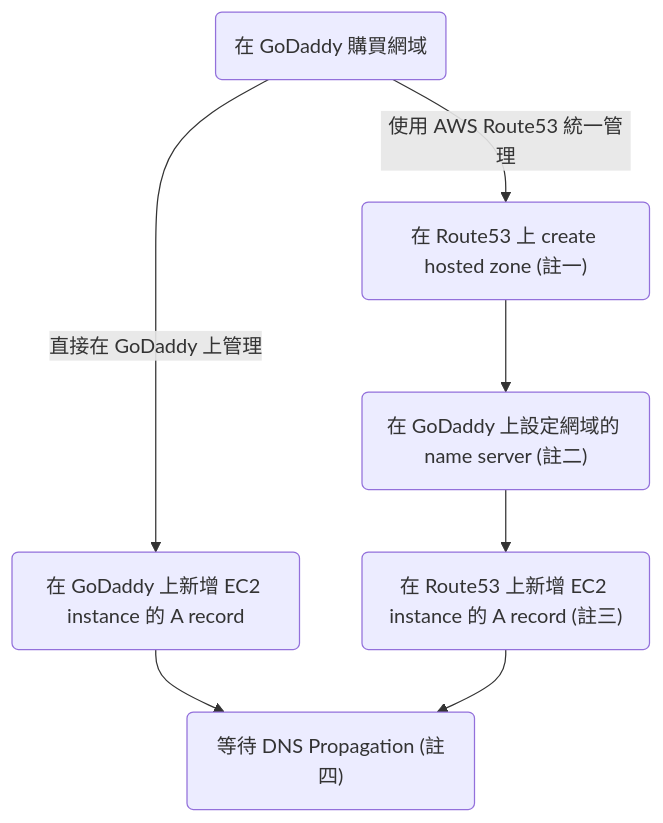
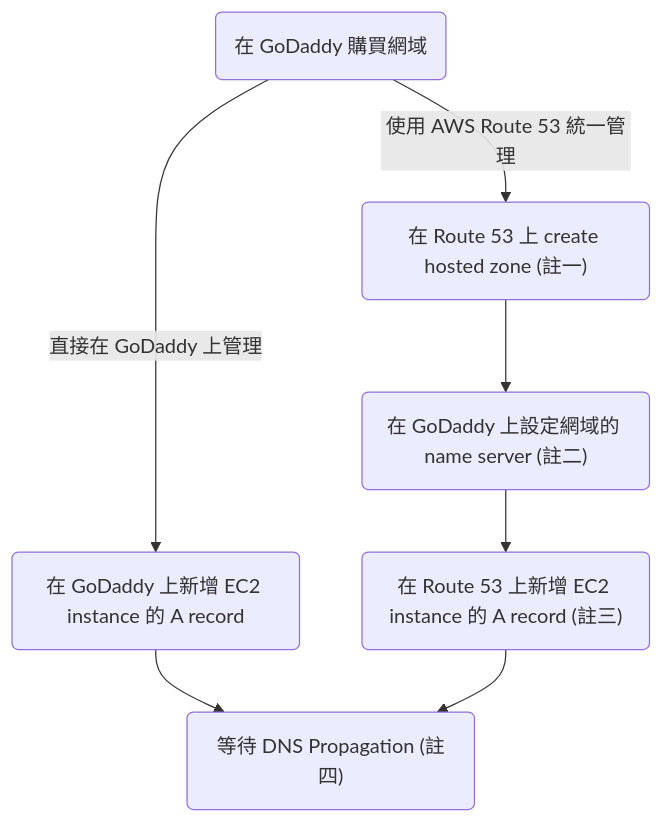
One commit to bingyangchen/KM-software changed the diagram in Web Development/在 GoDaddy 購買網域並指向 AWS EC2 Instance.md. Above: the diagram before and after it, drawn with Mermaid. The commit also changed other lines of this file and 73 other files, not shown here.

````diff
--- a/Web Development/在 GoDaddy 購買網域並指向 AWS EC2 Instance.md
+++ b/Web Development/在 GoDaddy 購買網域並指向 AWS EC2 Instance.md
@@ -3,16 +5,16 @@
 ```mermaid
 flowchart TD
     start("在 GoDaddy 購買網域")
     id2a("在 GoDaddy 上新增 EC2 instance 的 A record")
-    id2b("在 Route53 上 create hosted zone (註一)")
+    id2b("在 Route 53 上 create hosted zone (註一)")
     id3b("在 GoDaddy 上設定網域的 name server (註二)")
-    id4b("在 Route53 上新增 EC2 instance 的 A record (註三)")
+    id4b("在 Route 53 上新增 EC2 instance 的 A record (註三)")
     termination("等待 DNS Propagation (註四)")
 
     start --直接在 GoDaddy 上管理--> id2a
     id2a --> termination
-    start --使用 AWS Route53 統一管理--> id2b
+    start --使用 AWS Route 53 統一管理--> id2b
     id2b --> id3b
     id3b --> id4b
     id4b --> termination
 ```
````
